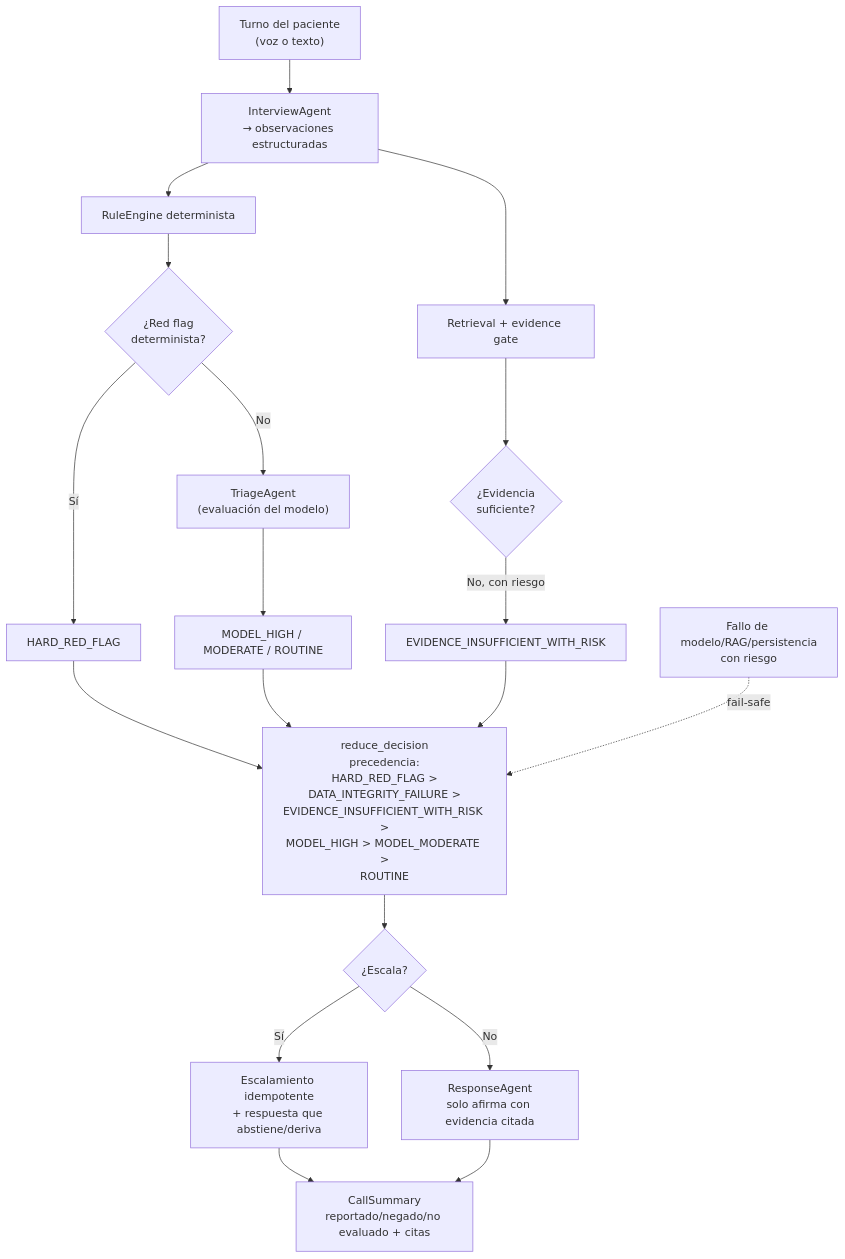
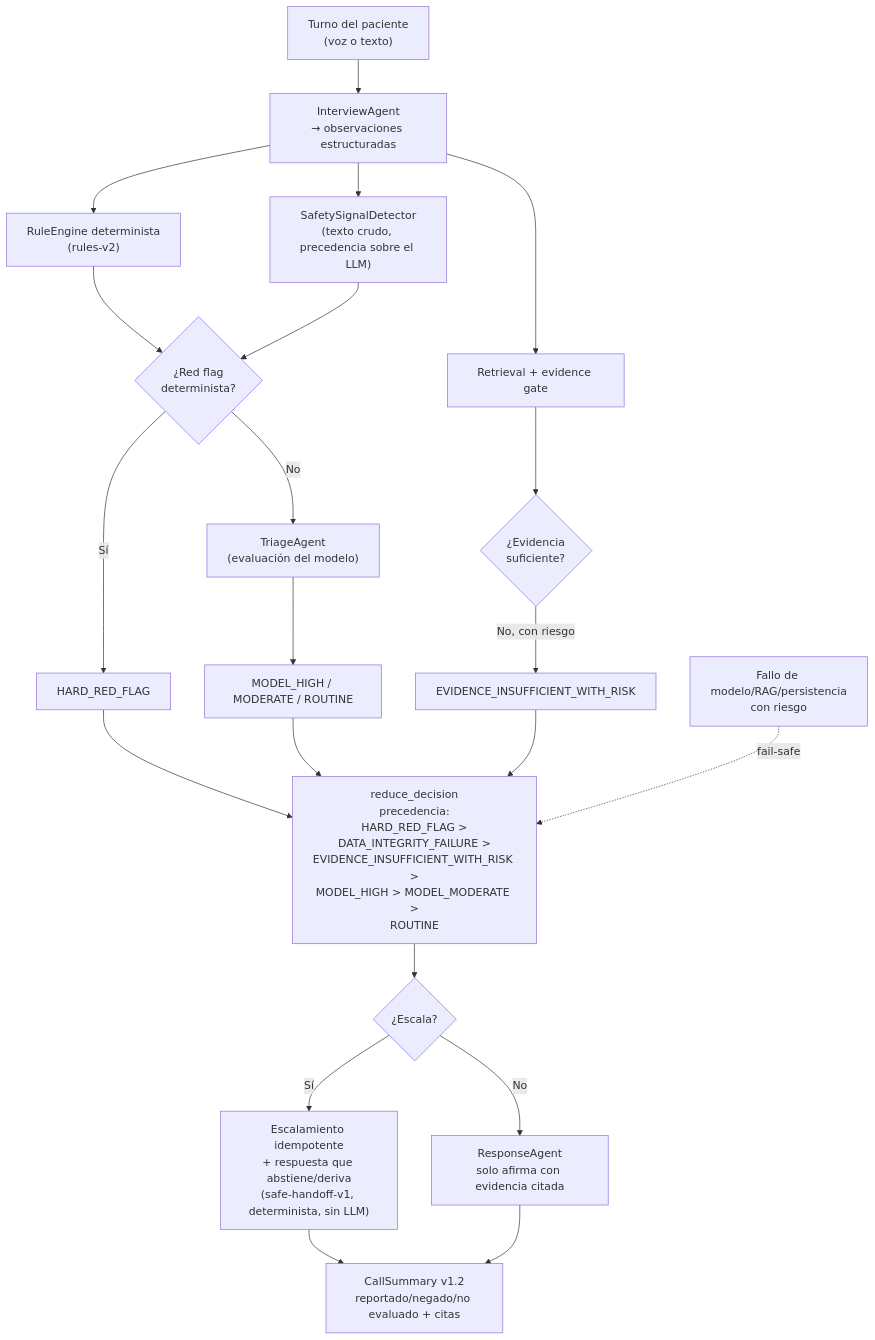
One commit to sebasga79/care-companion changed the second of 2 diagrams in docs/architecture-diagram.md. Above: the diagram before and after it, drawn with Mermaid. The commit also changed other lines of this file and 1 other file, not shown here.

First line of the commit message:
docs: incluir el diagrama reconstruido y la entrada de auditoría §9.36

````diff
--- a/docs/architecture-diagram.md
+++ b/docs/architecture-diagram.md
@@ -72,24 +94,26 @@
 ```mermaid
 flowchart TD
     TURN["Turno del paciente\n(voz o texto)"] --> OBS["InterviewAgent\n→ observaciones estructuradas"]
-    OBS --> RE["RuleEngine determinista"]
+    OBS --> RE["RuleEngine determinista\n(rules-v2)"]
+    OBS --> SAFE["SafetySignalDetector\n(texto crudo, precedencia sobre el LLM)"]
     OBS --> RET["Retrieval + evidence gate"]
     RE --> RF{"¿Red flag\ndeterminista?"}
+    SAFE --> RF
     RET --> EV{"¿Evidencia\nsuficiente?"}
     RF -->|"Sí"| HARD["HARD_RED_FLAG"]
     EV -->|"No, con riesgo"| INSUF["EVIDENCE_INSUFFICIENT_WITH_RISK"]
     RF -->|"No"| TRI["TriageAgent\n(evaluación del modelo)"]
     TRI --> ML["MODEL_HIGH / MODERATE / ROUTINE"]
 
     HARD --> REDUCE["reduce_decision\nprecedencia:\nHARD_RED_FLAG >\nDATA_INTEGRITY_FAILURE >\nEVIDENCE_INSUFFICIENT_WITH_RISK >\nMODEL_HIGH > MODEL_MODERATE >\nROUTINE"]
     INSUF --> REDUCE
     ML --> REDUCE
 
     REDUCE --> ESC{"¿Escala?"}
-    ESC -->|"Sí"| HANDOFF["Escalamiento idempotente\n+ respuesta que abstiene/deriva"]
+    ESC -->|"Sí"| HANDOFF["Escalamiento idempotente\n+ respuesta que abstiene/deriva\n(safe-handoff-v1, determinista, sin LLM)"]
     ESC -->|"No"| ANSWER["ResponseAgent\nsolo afirma con evidencia citada"]
-    HANDOFF --> SUMMARY["CallSummary\nreportado/negado/no evaluado + citas"]
+    HANDOFF --> SUMMARY["CallSummary v1.2\nreportado/negado/no evaluado + citas"]
     ANSWER --> SUMMARY
 
     FAIL["Fallo de modelo/RAG/persistencia\ncon riesgo"] -.->|"fail-safe"| REDUCE
 ```
````
